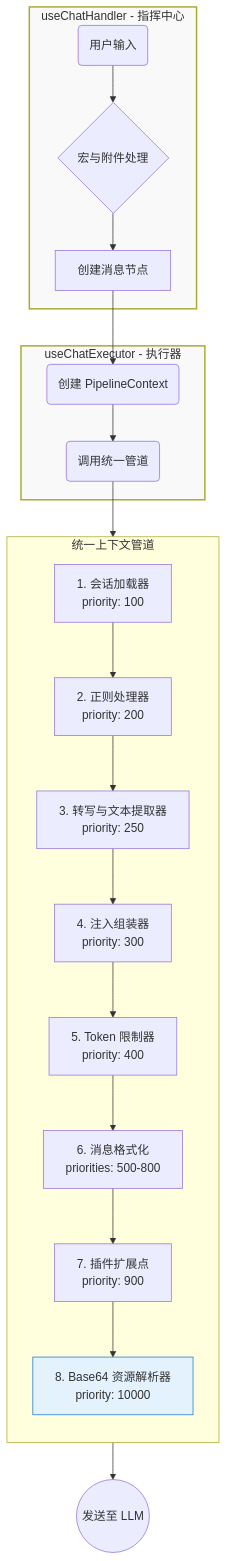
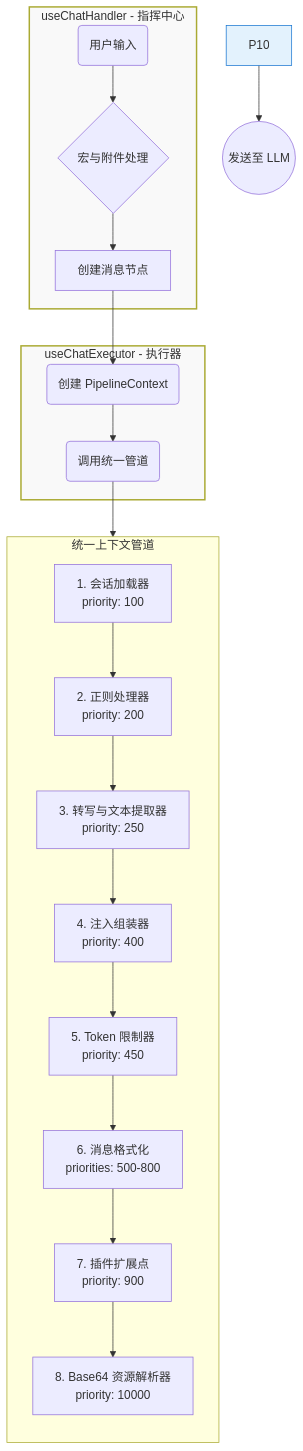
One commit to miaotouy/aio-hub changed the diagram in src/tools/llm-chat/design/context-pipeline-architecture.md. Above: the diagram before and after it, drawn with Mermaid. The commit also changed other lines of this file and 2 other files, not shown here.

First line of the commit message:
refactor(llm-chat): 优化 Token 限制器逻辑并调整管道优先级

````diff
--- a/src/tools/llm-chat/design/context-pipeline-architecture.md
+++ b/src/tools/llm-chat/design/context-pipeline-architecture.md
@@ -19,35 +19,35 @@
 ```mermaid
 graph TD
     subgraph A [useChatHandler - 指挥中心]
         A1(用户输入) --> A2{宏与附件处理}
         A2 --> A3[创建消息节点]
     end
 
     subgraph B [useChatExecutor - 执行器]
         B1(创建 PipelineContext)
         B2(调用统一管道)
     end
 
     subgraph UnifiedPipeline [统一上下文管道]
         direction TB
         P1[1. 会话加载器<br/>priority: 100]
         P2[2. 正则处理器<br/>priority: 200]
-        P4[3. 转写与文本提取器<br/>priority: 250]
-        P3[4. 注入组装器<br/>priority: 300]
-        P5[5. Token 限制器<br/>priority: 400]
-        P_Format[6. 消息格式化<br/>priorities: 500-800]
-        P9[7. 插件扩展点<br/>priority: 900]
-        P10[8. Base64 资源解析器<br/>priority: 10000]
+        P3[3. 转写与文本提取器<br/>priority: 250]
+        P4[4. 注入组装器<br/>priority: 400]
+        P5[5. Token 限制器<br/>priority: 450]
+        P6[6. 消息格式化<br/>priorities: 500-800]
+        P7[7. 插件扩展点<br/>priority: 900]
+        P8[8. Base64 资源解析器<br/>priority: 10000]
 
-        P1 --> P2 --> P4 --> P3 --> P5 --> P_Format --> P9 --> P10
+        P1 --> P2 --> P3 --> P4 --> P5 --> P6 --> P7 --> P8
     end
 
     A3 --> B1
     B1 --> B2
     B2 --> UnifiedPipeline
     P10 --> Final((发送至 LLM))
 
     classDef stage fill:#f9f9f9,stroke:#33,stroke-width:2px;
     class A,B stage;
     style P10 fill:#e3f2fd,stroke:#1976d2
 ```
````
